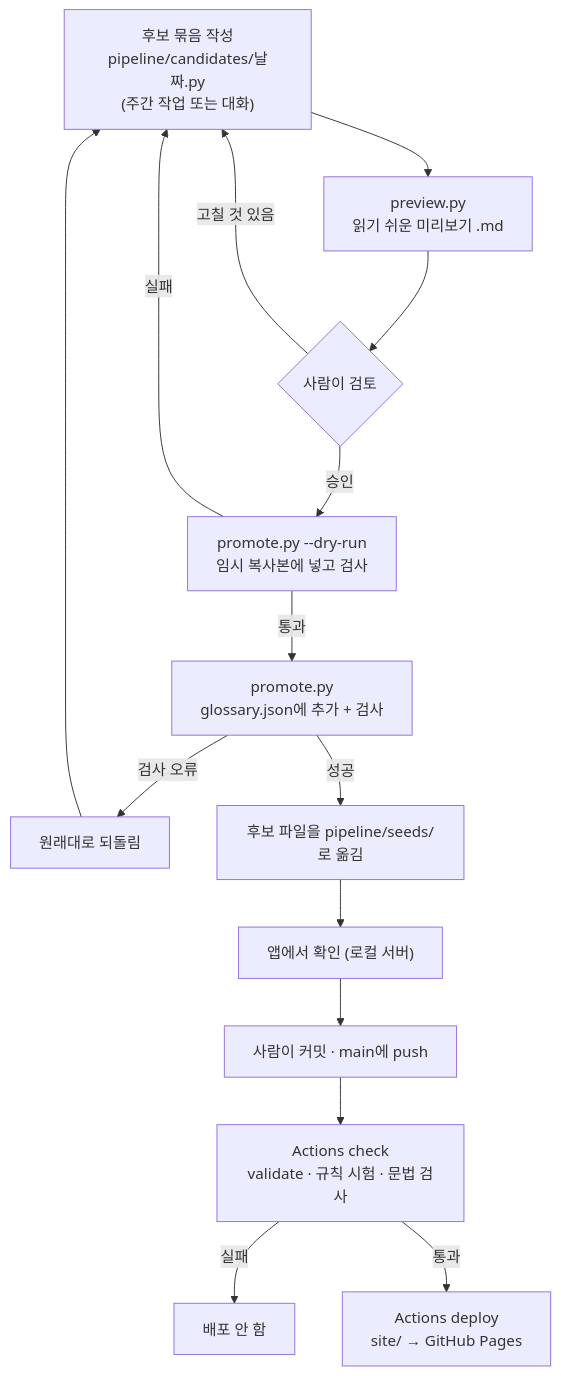
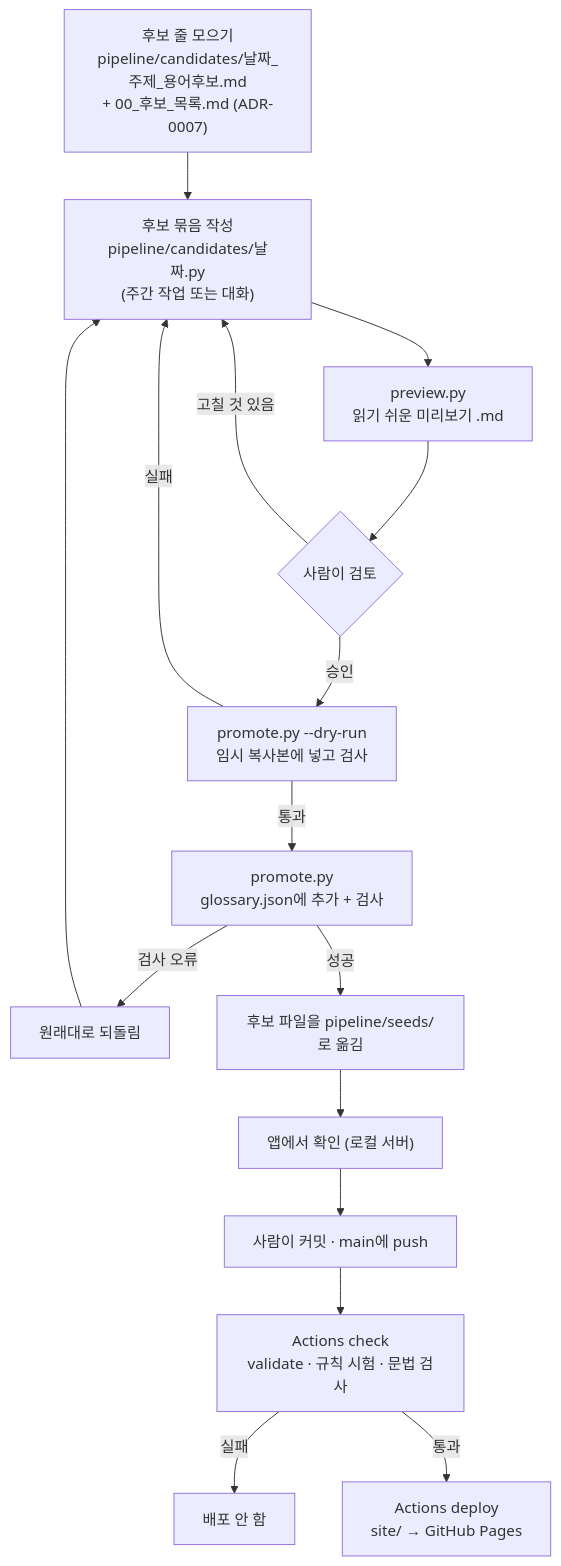
The first of 10 diagrams in docs/flows.md (githubleejungah/field-words), drawn with Mermaid before and after one commit. The commit also changed 4 other files, not shown here.

First line of the commit message:
ADR-0007: 용어 후보는 pipeline/candidates/ 한 곳에 모은다 (field-words-inbox 닫음)

````diff
--- a/docs/flows.md
+++ b/docs/flows.md
@@ -23,16 +23,17 @@
 ```mermaid
 flowchart TD
+  Z["후보 줄 모으기<br/>pipeline/candidates/날짜_주제_용어후보.md<br/>+ 00_후보_목록.md (ADR-0007)"] --> A
   A["후보 묶음 작성<br/>pipeline/candidates/날짜.py<br/>(주간 작업 또는 대화)"] --> B["preview.py<br/>읽기 쉬운 미리보기 .md"]
   B --> C{"사람이 검토"}
   C -- "고칠 것 있음" --> A
   C -- "승인" --> D["promote.py --dry-run<br/>임시 복사본에 넣고 검사"]
   D -- "실패" --> A
   D -- "통과" --> E["promote.py<br/>glossary.json에 추가 + 검사"]
   E -- "검사 오류" --> F["원래대로 되돌림"] --> A
   E -- "성공" --> G["후보 파일을 pipeline/seeds/로 옮김"]
   G --> H["앱에서 확인 (로컬 서버)"]
   H --> I["사람이 커밋 · main에 push"]
   I --> J["Actions check<br/>validate · 규칙 시험 · 문법 검사"]
   J -- "실패" --> K["배포 안 함"]
   J -- "통과" --> L["Actions deploy<br/>site/ → GitHub Pages"]
 ```
````
